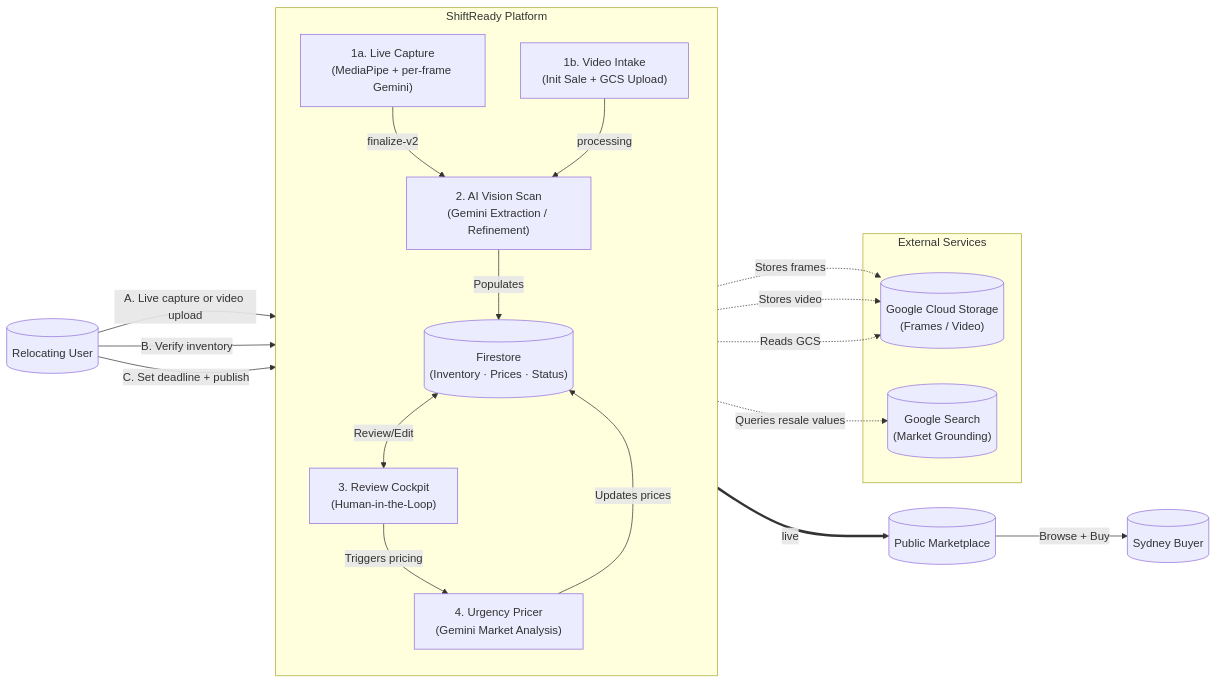
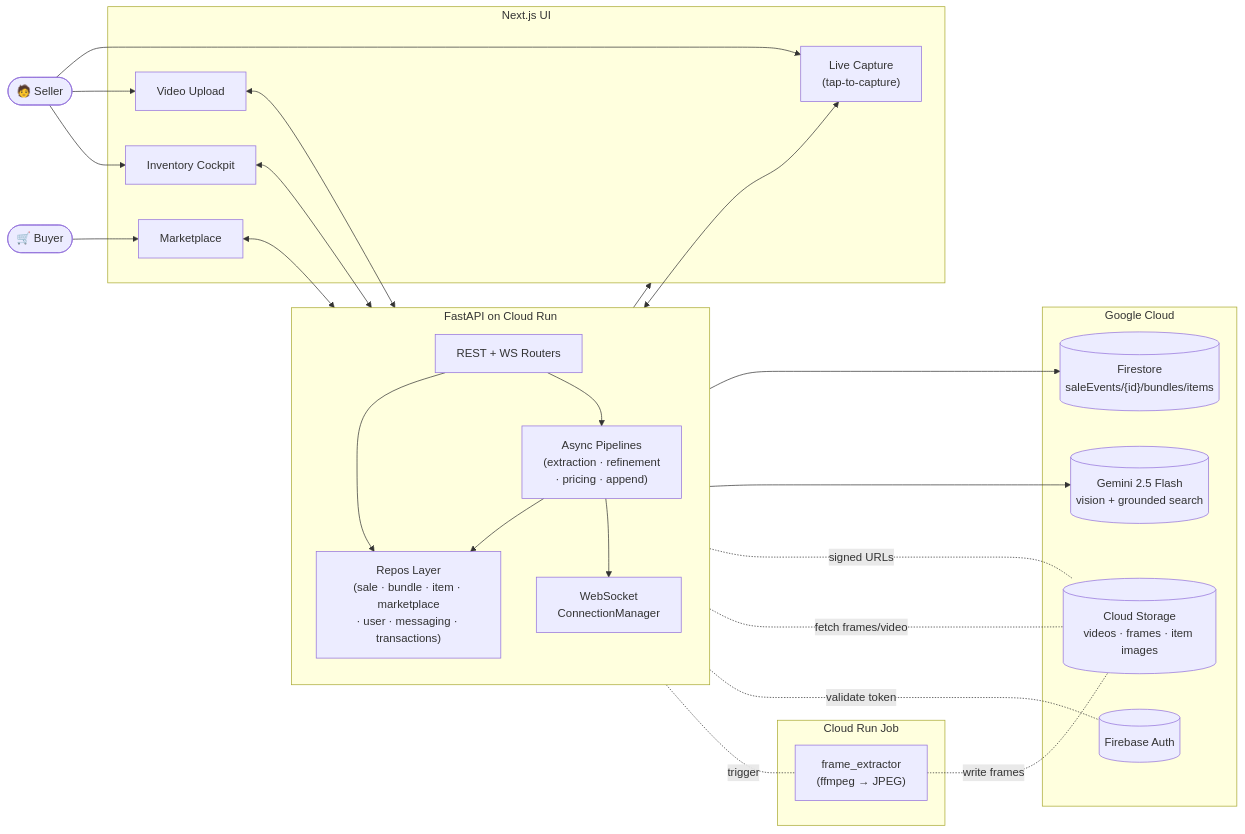
The first of 7 diagrams in README.md (ajayaradhya/shiftready-backend), drawn with Mermaid before and after one commit. The commit also changed other lines of this file and 4 other files, not shown here.

````diff
--- a/README.md
+++ b/README.md
@@ -30,37 +70,44 @@
 ```mermaid
-graph LR
-    User[("Relocating User")]
-    Buyer[("Sydney Buyer")]
+flowchart LR
+    Seller(["🧑 Seller"])
+    Buyer(["🛒 Buyer"])
 
-    subgraph System["ShiftReady Platform"]
-        direction TB
-        Capture["1a. Live Capture\n(MediaPipe + per-frame Gemini)"]
-        Intake["1b. Video Intake\n(Init Sale + GCS Upload)"]
-        Scanner["2. AI Vision Scan\n(Gemini Extraction / Refinement)"]
-        Cockpit["3. Review Cockpit\n(Human-in-the-Loop)"]
-        Pricer["4. Urgency Pricer\n(Gemini Market Analysis)"]
-        LiveDB[("Firestore\n(Inventory · Prices · Status)")]
-
-        Capture -->|finalize-v2| Scanner
-        Intake -->|processing| Scanner
-        Scanner -->|Populates| LiveDB
-        LiveDB <-->|Review/Edit| Cockpit
-        Cockpit -->|Triggers pricing| Pricer
-        Pricer -->|Updates prices| LiveDB
+    subgraph Client["Next.js UI"]
+        Capture["Live Capture\n(tap-to-capture)"]
+        Upload["Video Upload"]
+        Cockpit["Inventory Cockpit"]
+        Market["Marketplace"]
     end
 
-    subgraph Cloud["External Services"]
-        GCS[("Google Cloud Storage\n(Frames / Video)")]
-        GSearch[("Google Search\n(Market Grounding)")]
+    subgraph Backend["FastAPI on Cloud Run"]
+        direction TB
+        API["REST + WS Routers"]
+        Pipelines["Async Pipelines\n(extraction · refinement\n· pricing · append)"]
+        Repos["Repos Layer\n(sale · bundle · item · marketplace\n· user · messaging · transactions)"]
+        Notify["WebSocket\nConnectionManager"]
     end
 
-    User -->|"A. Live capture or video upload"| Capture
-    Capture -.->|Stores frames| GCS
-    Intake -.->|Stores video| GCS
-    Scanner -.->|Reads GCS| GCS
-    User -->|"B. Verify inventory"| Cockpit
-    User -->|"C. Set deadline + publish"| Cockpit
-    Pricer -.->|Queries resale values| GSearch
-    LiveDB ==>|live| Marketplace[("Public Marketplace")]
-    Marketplace -->|Browse + Buy| Buyer
+    subgraph Jobs["Cloud Run Job"]
+        FrameExtract["frame_extractor\n(ffmpeg → JPEG)"]
+    end
+
+    subgraph GCP["Google Cloud"]
+        Firestore[("Firestore\nsaleEvents/{id}/bundles/items")]
+        GCS[("Cloud Storage\nvideos · frames · item images")]
+        Gemini[("Gemini 2.5 Flash\nvision + grounded search")]
+        FirebaseAuth[("Firebase Auth")]
+    end
+
+    Seller --> Capture & Upload & Cockpit
+    Buyer --> Market
+
+    Capture & Upload & Cockpit & Market <--> API
+    API --> Repos --> Firestore
+    API --> Pipelines --> Gemini
+    Pipelines --> Repos
+    Pipelines --> Notify --> Client
+    API -. signed URLs .- GCS
+    Pipelines -. fetch frames/video .- GCS
+    API -. validate token .- FirebaseAuth
+    API -. trigger .- FrameExtract -. write frames .- GCS
 ```
````
